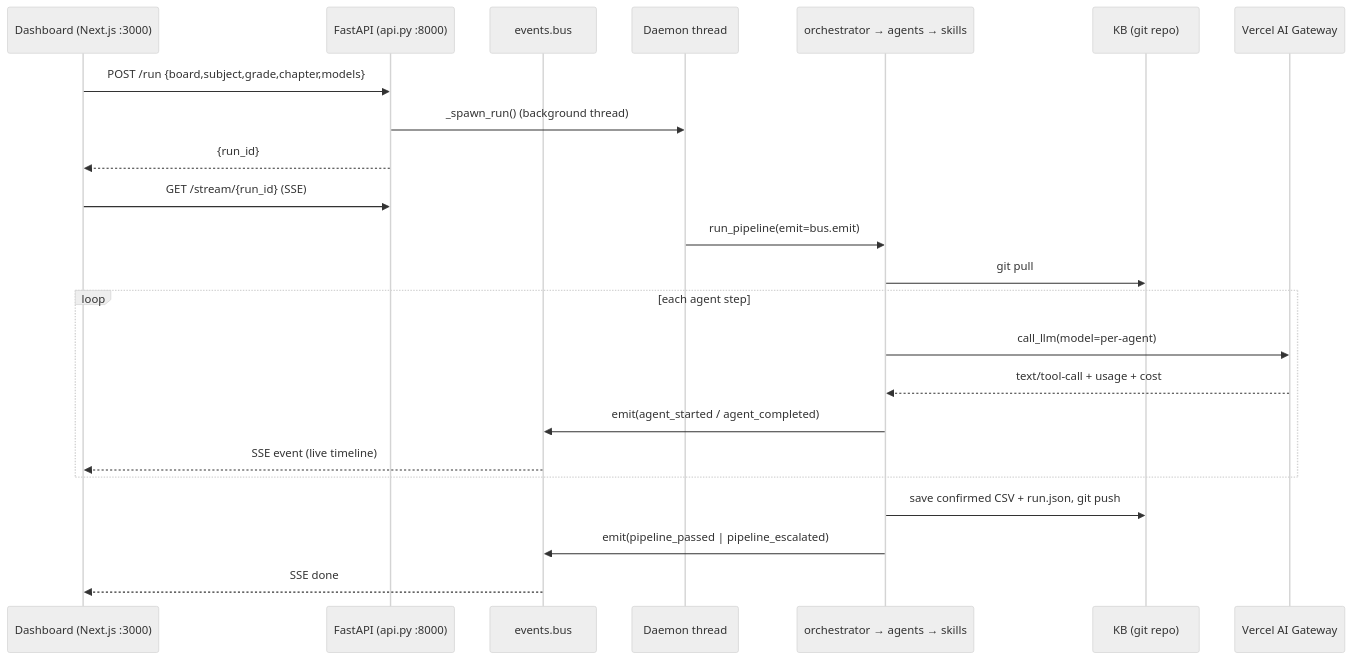
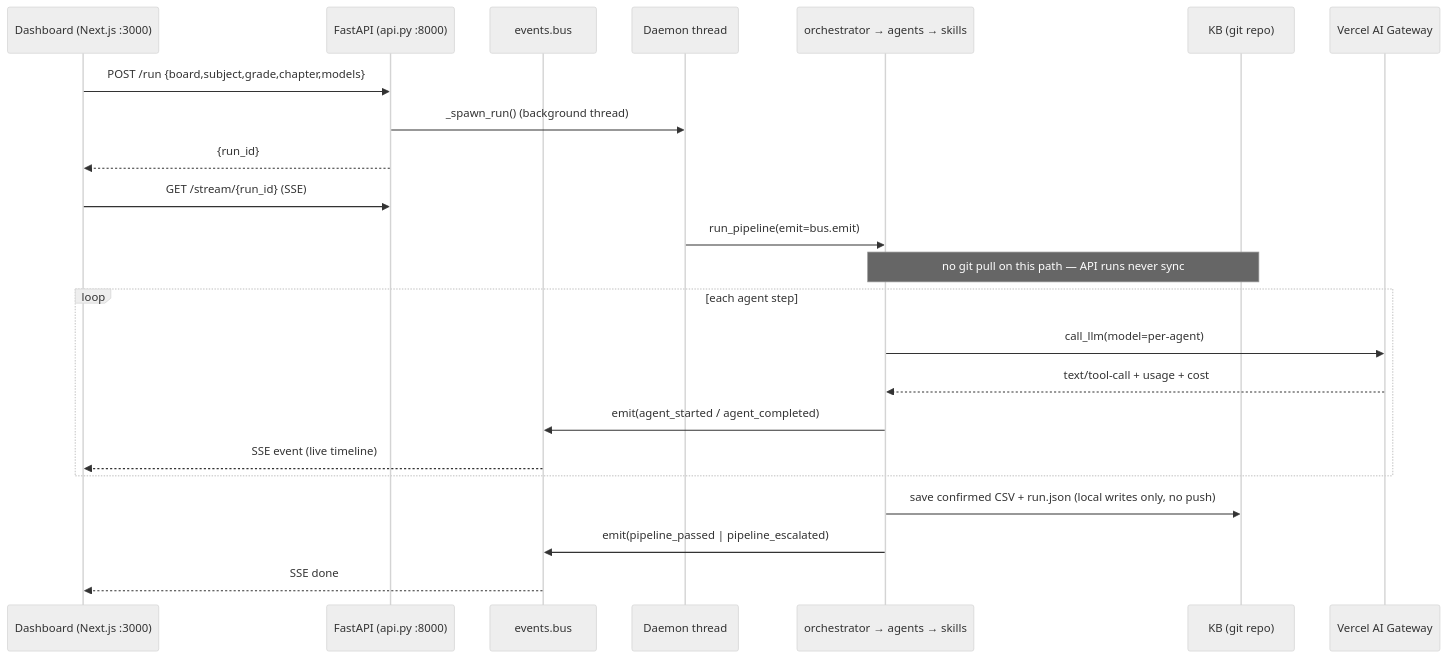
One commit to MaximusTitan/q-matrix-agents changed the fourth of 5 diagrams in ARCHITECTURE.md. Above: the diagram before and after it, drawn with Mermaid (neutral theme). The commit also changed other lines of this file and 1 other file, not shown here.

First line of the commit message:
Reconcile README and ARCHITECTURE with actual code state

````diff
--- a/ARCHITECTURE.md
+++ b/ARCHITECTURE.md
@@ -233,26 +318,26 @@
 ```mermaid
 sequenceDiagram
     participant U as Dashboard (Next.js :3000)
     participant A as FastAPI (api.py :8000)
     participant B as events.bus
     participant T as Daemon thread
     participant O as orchestrator → agents → skills
     participant K as KB (git repo)
     participant G as Vercel AI Gateway
 
     U->>A: POST /run {board,subject,grade,chapter,models}
     A->>T: _spawn_run() (background thread)
     A-->>U: {run_id}
     U->>A: GET /stream/{run_id} (SSE)
     T->>O: run_pipeline(emit=bus.emit)
-    O->>K: git pull
+    Note over O,K: no git pull on this path — API runs never sync
     loop each agent step
         O->>G: call_llm(model=per-agent)
         G-->>O: text/tool-call + usage + cost
         O->>B: emit(agent_started / agent_completed)
         B-->>U: SSE event (live timeline)
     end
-    O->>K: save confirmed CSV + run.json, git push
+    O->>K: save confirmed CSV + run.json (local writes only, no push)
     O->>B: emit(pipeline_passed | pipeline_escalated)
     B-->>U: SSE done
 ```
````
